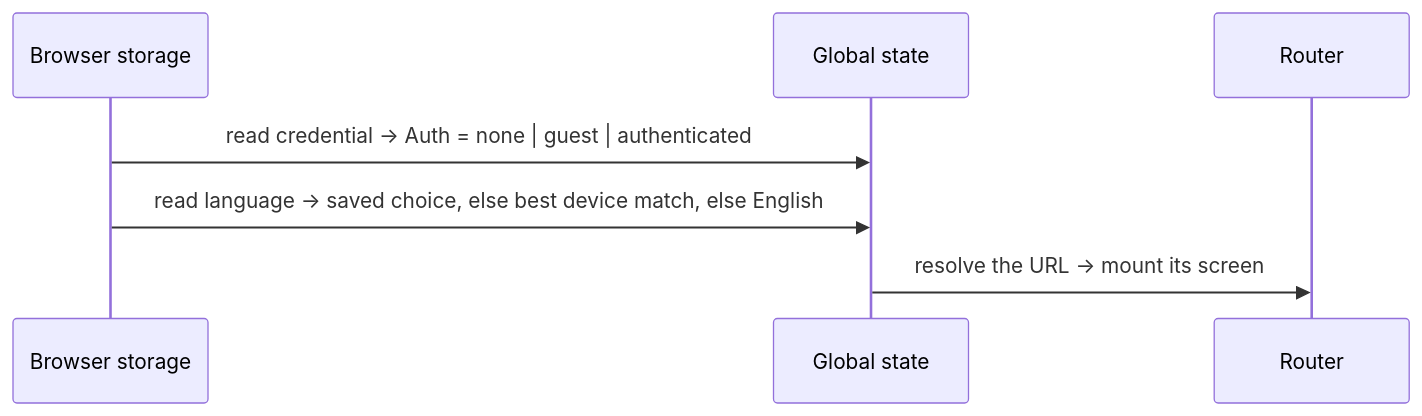
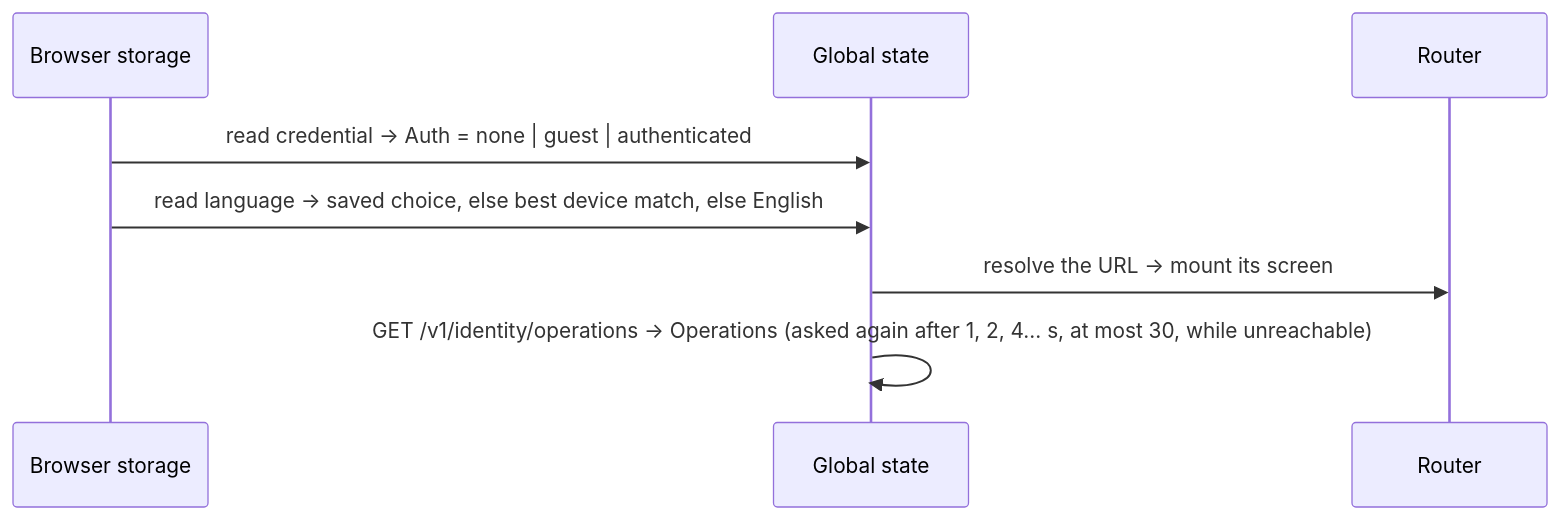
Before and after one commit to diegobermudez03/playhoot_frontend: the first of 4 diagrams in docs/logic/FLOWS.md, drawn with Mermaid. The commit also changed other lines of this file and 61 other files, not shown here.

````diff
--- a/docs/logic/FLOWS.md
+++ b/docs/logic/FLOWS.md
@@ -40,9 +42,10 @@
 ```mermaid
 sequenceDiagram
   participant B as Browser storage
   participant G as Global state
   participant R as Router
   B->>G: read credential → Auth = none | guest | authenticated
   B->>G: read language → saved choice, else best device match, else English
   G->>R: resolve the URL → mount its screen
+  G->>G: GET /v1/identity/operations → Operations (asked again after 1, 2, 4… s, at most 30, while unreachable)
 ```
````
